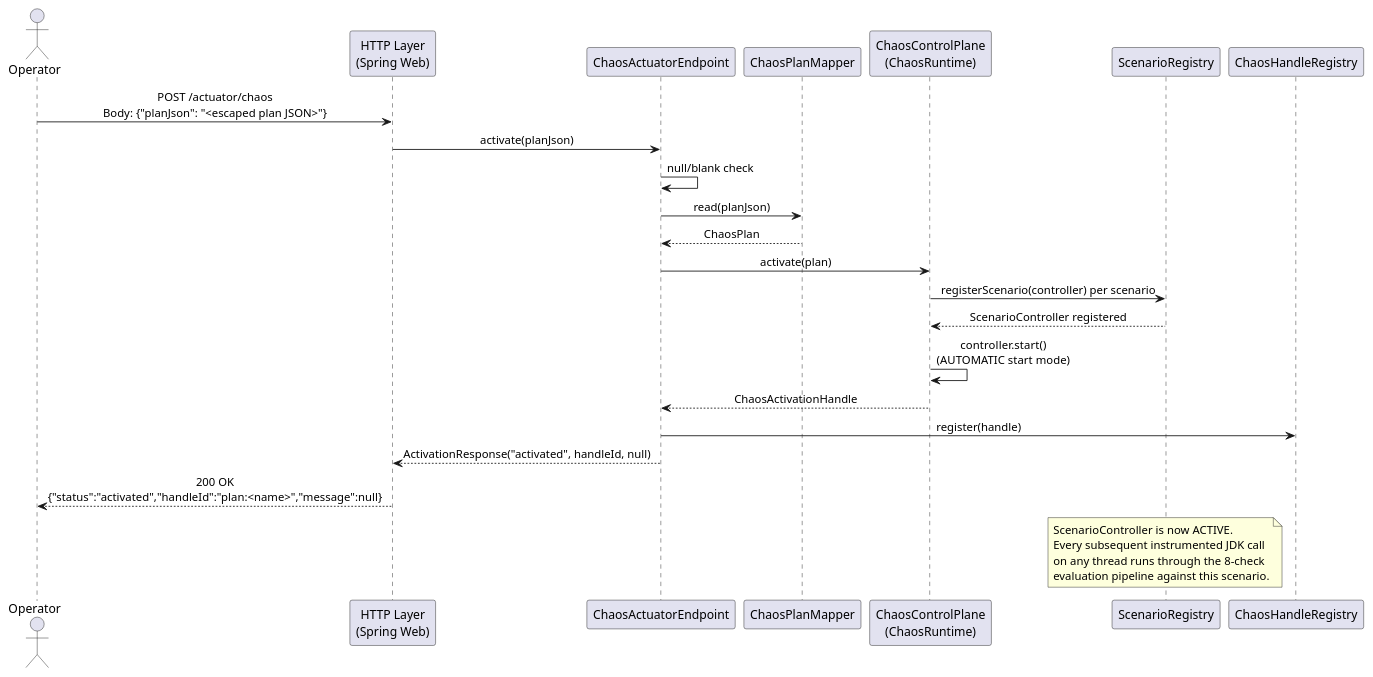
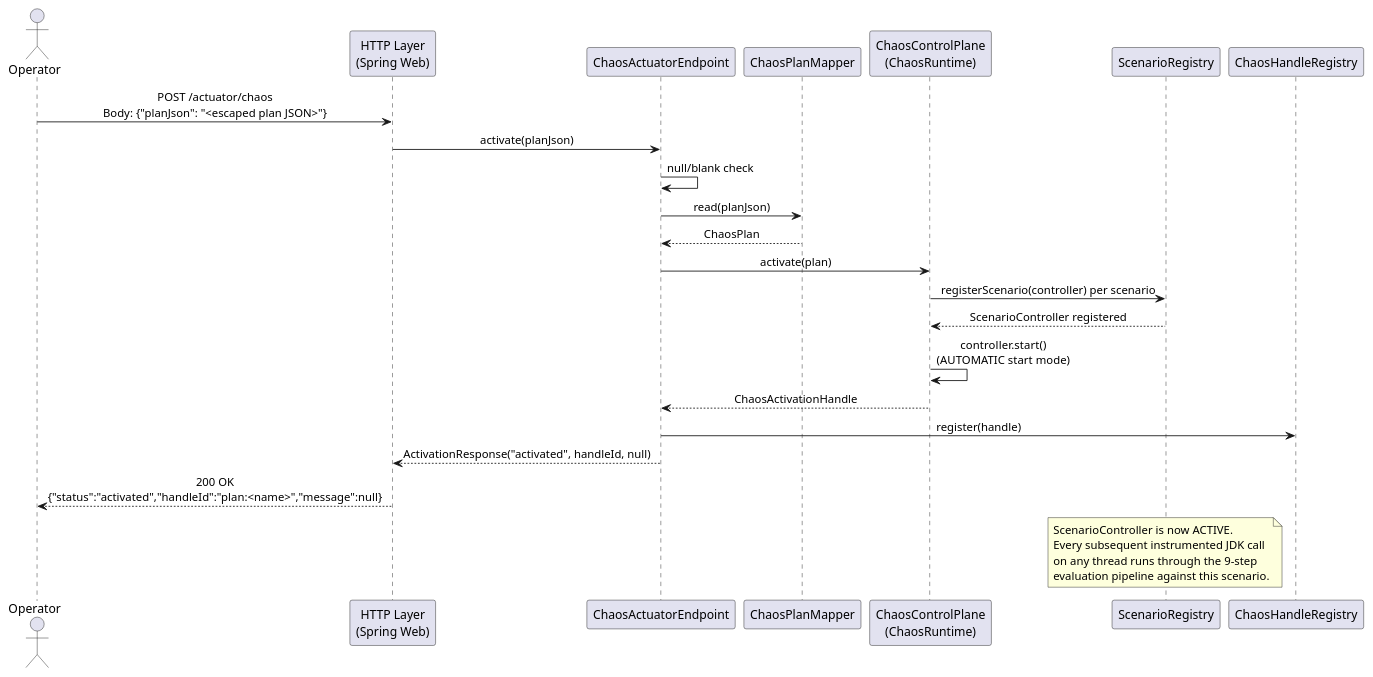
The second of 2 diagrams in docs/spring-integration.md (macstab/macstab-chaos-jvm-agent), drawn with PlantUML before and after one commit. The commit also changed 6 other files, not shown here.

````diff
--- a/docs/spring-integration.md
+++ b/docs/spring-integration.md
@@ -651,35 +651,35 @@
 ```plantuml
 @startuml
 skinparam sequenceMessageAlign center
 skinparam responseMessageBelowArrow true
 
 actor "Operator" as Op
 participant "HTTP Layer\n(Spring Web)" as HTTP
 participant "ChaosActuatorEndpoint" as Endpoint
 participant "ChaosPlanMapper" as Mapper
 participant "ChaosControlPlane\n(ChaosRuntime)" as CP
 participant "ScenarioRegistry" as Registry
 participant "ChaosHandleRegistry" as HandleReg
 
 Op -> HTTP: POST /actuator/chaos\nBody: {"planJson": "<escaped plan JSON>"}
 HTTP -> Endpoint: activate(planJson)
 Endpoint -> Endpoint: null/blank check
 Endpoint -> Mapper: read(planJson)
 Mapper --> Endpoint: ChaosPlan
 Endpoint -> CP: activate(plan)
 CP -> Registry: registerScenario(controller) per scenario
 Registry --> CP: ScenarioController registered
 CP -> CP: controller.start()\n(AUTOMATIC start mode)
 CP --> Endpoint: ChaosActivationHandle
 Endpoint -> HandleReg: register(handle)
 Endpoint --> HTTP: ActivationResponse("activated", handleId, null)
 HTTP --> Op: 200 OK\n{"status":"activated","handleId":"plan:<name>","message":null}
 
 note over Registry
   ScenarioController is now ACTIVE.
   Every subsequent instrumented JDK call
-  on any thread runs through the 8-check
+  on any thread runs through the 9-step
   evaluation pipeline against this scenario.
 end note
 @enduml
 ```
````
